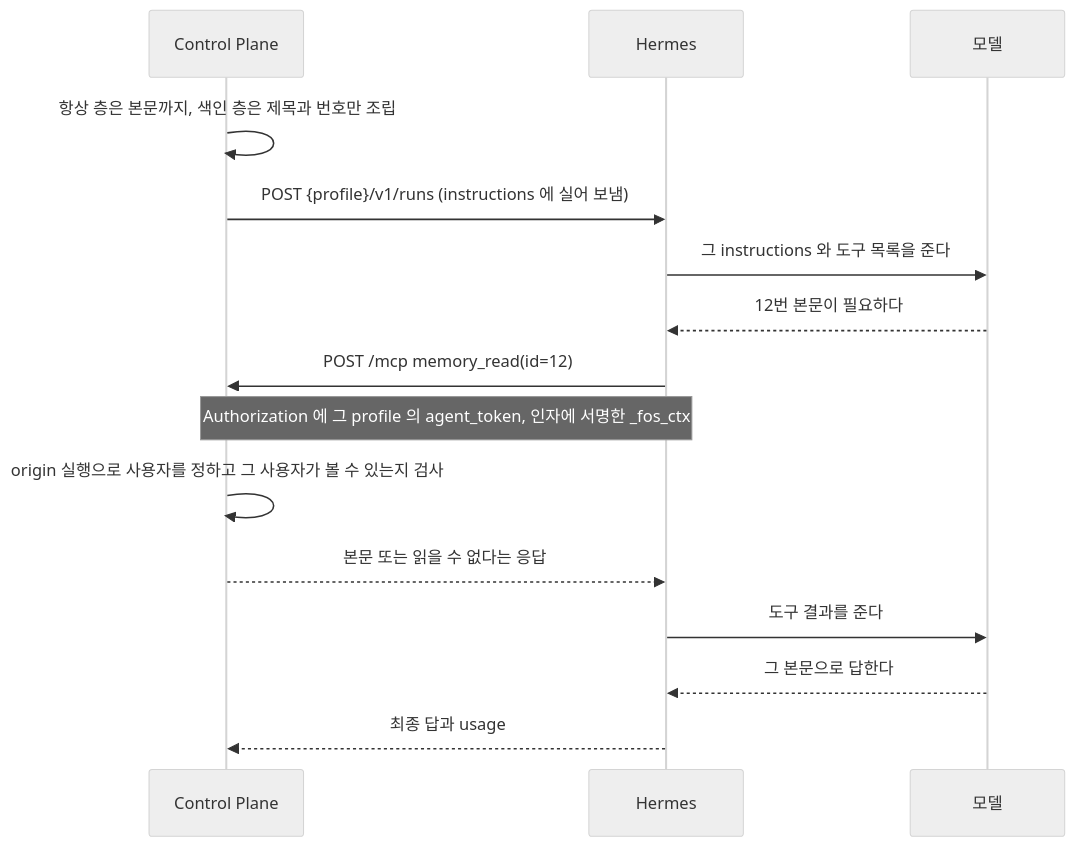
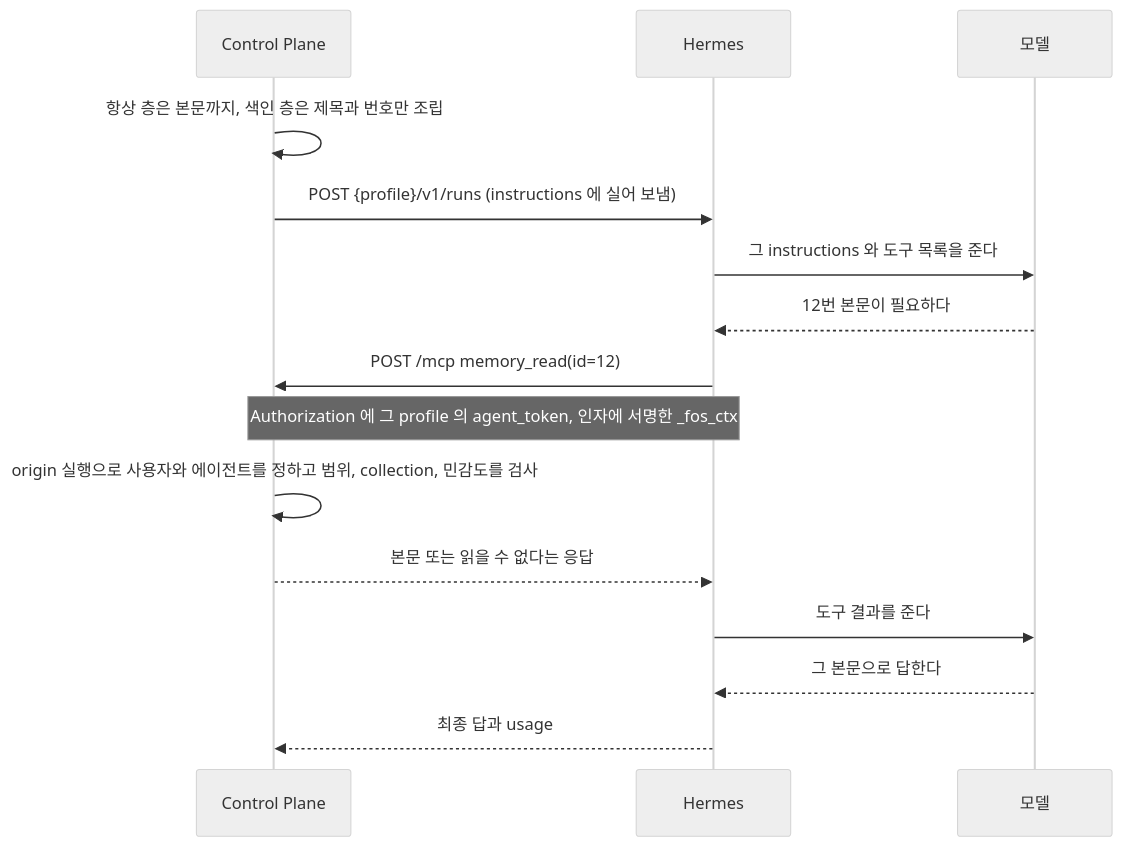
Diagram 19 of 33 in docs/flow.md (jon890/fos-assistant), drawn with Mermaid (neutral theme) before and after one commit. The commit also changed other lines of this file and 13 other files, not shown here.

````diff
--- a/docs/flow.md
+++ b/docs/flow.md
@@ -936,18 +938,18 @@
 ```mermaid
 sequenceDiagram
     participant C as Control Plane
     participant H as Hermes
     participant M as 모델
 
     C->>C: 항상 층은 본문까지, 색인 층은 제목과 번호만 조립
     C->>H: POST {profile}/v1/runs (instructions 에 실어 보냄)
     H->>M: 그 instructions 와 도구 목록을 준다
     M-->>H: 12번 본문이 필요하다
     H->>C: POST /mcp  memory_read(id=12)
     Note over H,C: Authorization 에 그 profile 의 agent_token, 인자에 서명한 _fos_ctx
-    C->>C: origin 실행으로 사용자를 정하고 그 사용자가 볼 수 있는지 검사
+    C->>C: origin 실행으로 사용자와 에이전트를 정하고 범위, collection, 민감도를 검사
     C-->>H: 본문 또는 읽을 수 없다는 응답
     H->>M: 도구 결과를 준다
     M-->>H: 그 본문으로 답한다
     H-->>C: 최종 답과 usage
 ```
````
